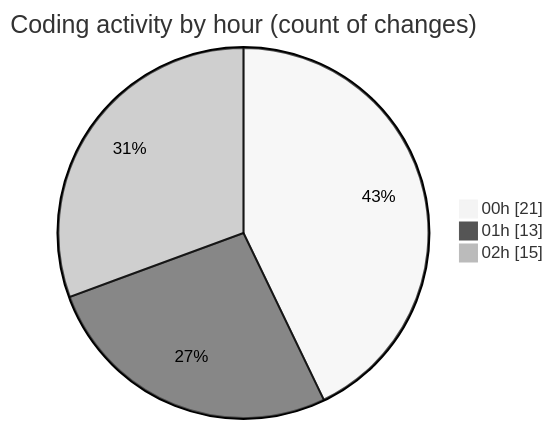
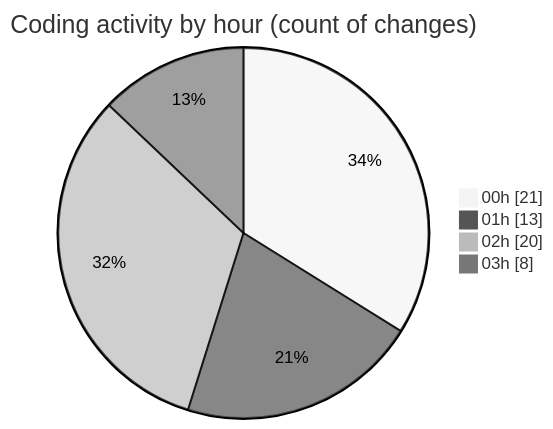
One commit to Ritupan-Deka/code-tracking changed the second of 2 diagrams in 2025-06-22/___base/README.md. Above: the diagram before and after it, drawn with Mermaid (neutral theme). The commit also changed other lines of this file and 1 other file, not shown here.

````diff
--- a/2025-06-22/___base/README.md
+++ b/2025-06-22/___base/README.md
@@ -30,7 +30,8 @@
 ```mermaid
 pie showData
 title Coding activity by hour (count of changes)
 "00h" : 21
 "01h" : 13
-"02h" : 15
+"02h" : 20
+"03h" : 8
 ```
````
